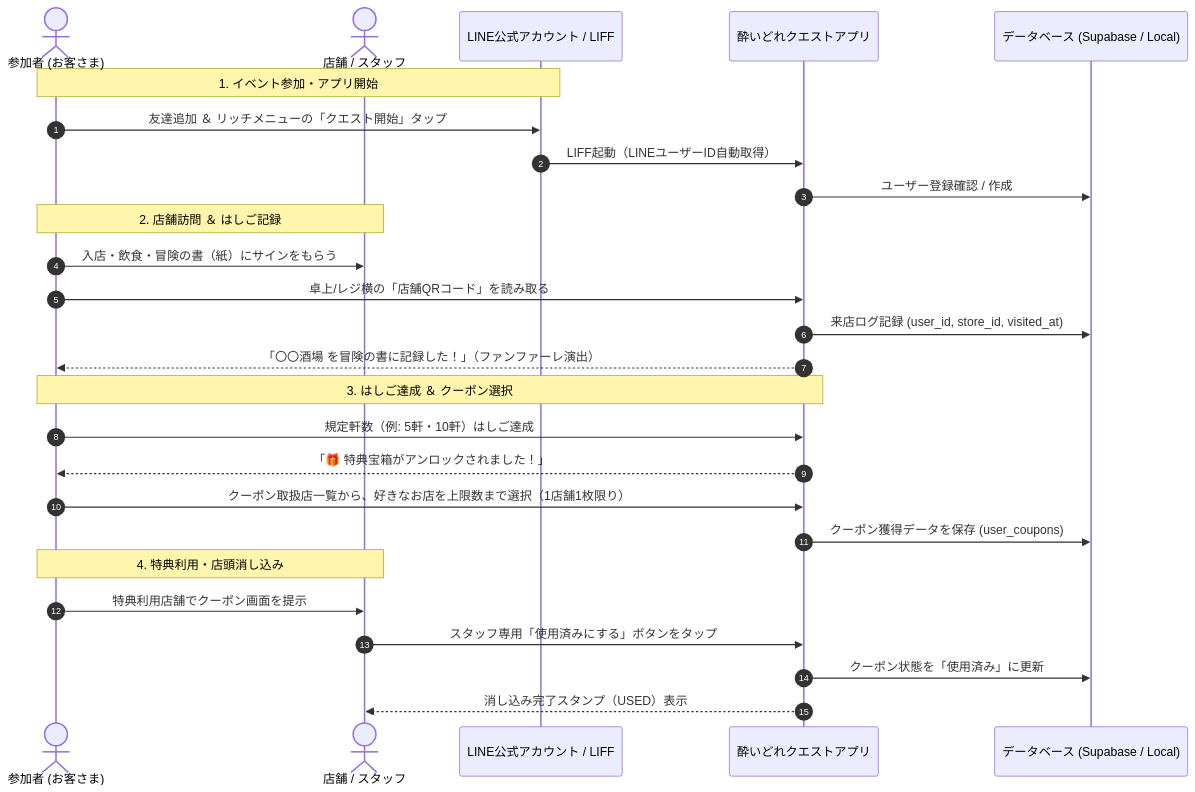
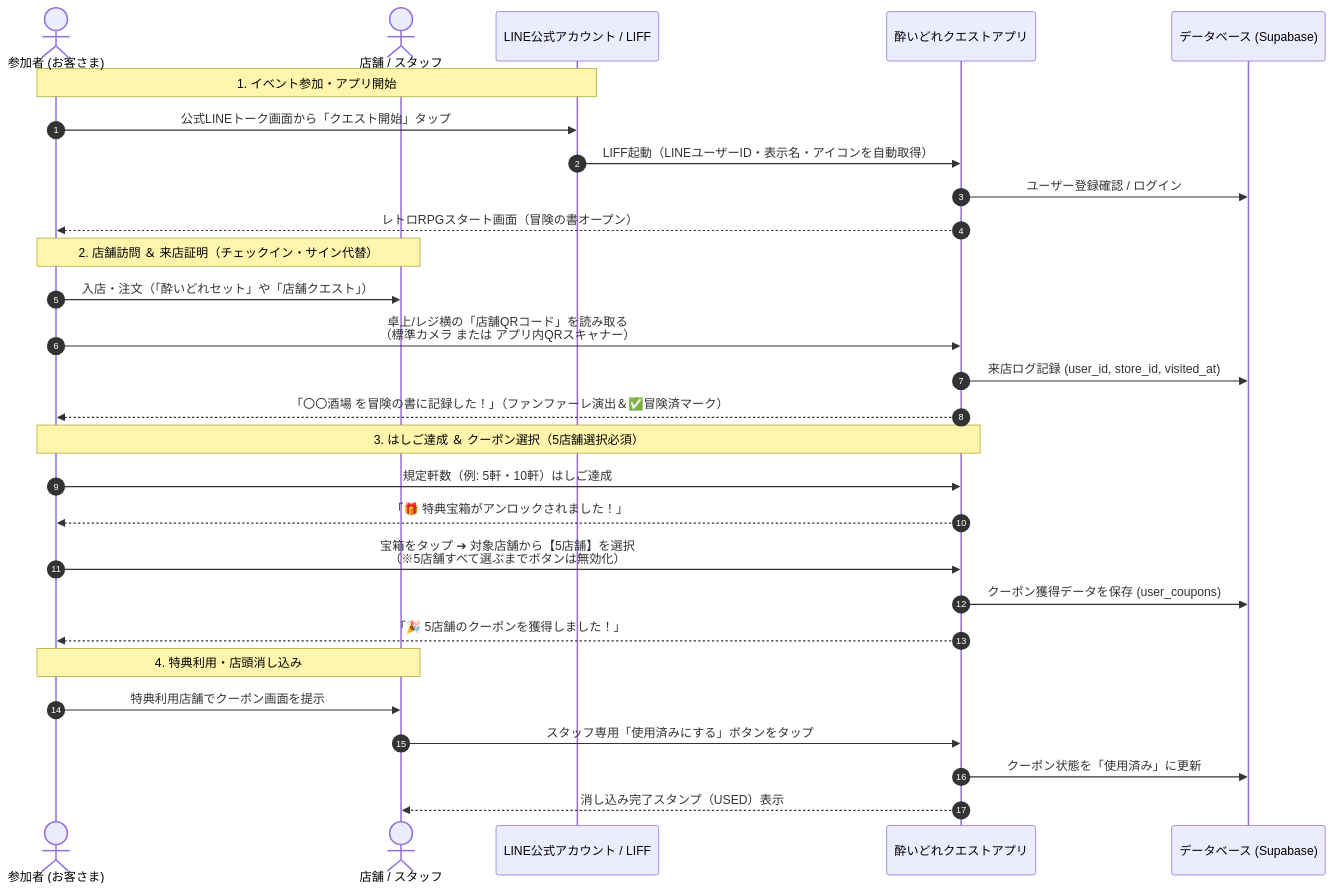
One commit to taishoyoidore-ui/yoidore-quest2 changed the second of 3 diagrams in SPECIFICATION.md. Above: the diagram before and after it, drawn with Mermaid. The commit also changed other lines of this file and 10 other files, not shown here.

````diff
--- a/SPECIFICATION.md
+++ b/SPECIFICATION.md
@@ -64,32 +62,34 @@
 ```mermaid
 sequenceDiagram
     autonumber
     actor User as 参加者 (お客さま)
     actor Shop as 店舗 / スタッフ
     participant LINE as LINE公式アカウント / LIFF
     participant App as 酔いどれクエストアプリ
-    participant DB as データベース (Supabase / Local)
+    participant DB as データベース (Supabase)
 
     Note over User, LINE: 1. イベント参加・アプリ開始
-    User->>LINE: 友達追加 ＆ リッチメニューの「クエスト開始」タップ
-    LINE->>App: LIFF起動（LINEユーザーID自動取得）
-    App->>DB: ユーザー登録確認 / 作成
+    User->>LINE: 公式LINEトーク画面から「クエスト開始」タップ
+    LINE->>App: LIFF起動（LINEユーザーID・表示名・アイコンを自動取得）
+    App->>DB: ユーザー登録確認 / ログイン
+    App-->>User: レトロRPGスタート画面（冒険の書オープン）
 
-    Note over User, Shop: 2. 店舗訪問 ＆ はしご記録
-    User->>Shop: 入店・飲食・冒険の書（紙）にサインをもらう
-    User->>App: 卓上/レジ横の「店舗QRコード」を読み取る
+    Note over User, Shop: 2. 店舗訪問 ＆ 来店証明（チェックイン・サイン代替）
+    User->>Shop: 入店・注文（「酔いどれセット」や「店舗クエスト」）
+    User->>App: 卓上/レジ横の「店舗QRコード」を読み取る<br/>（標準カメラ または アプリ内QRスキャナー）
     App->>DB: 来店ログ記録 (user_id, store_id, visited_at)
-    App-->>User: 「〇〇酒場 を冒険の書に記録した！」（ファンファーレ演出）
+    App-->>User: 「〇〇酒場 を冒険の書に記録した！」（ファンファーレ演出＆✅冒険済マーク）
 
-    Note over User, App: 3. はしご達成 ＆ クーポン選択
+    Note over User, App: 3. はしご達成 ＆ クーポン選択（5店舗選択必須）
     User->>App: 規定軒数（例: 5軒・10軒）はしご達成
     App-->>User: 「🎁 特典宝箱がアンロックされました！」
-    User->>App: クーポン取扱店一覧から、好きなお店を上限数まで選択（1店舗1枚限り）
+    User->>App: 宝箱をタップ ➔ 対象店舗から【5店舗】を選択<br/>（※5店舗すべて選ぶまでボタンは無効化）
     App->>DB: クーポン獲得データを保存 (user_coupons)
+    App-->>User: 「🎉 5店舗のクーポンを獲得しました！」
 
     Note over User, Shop: 4. 特典利用・店頭消し込み
     User->>Shop: 特典利用店舗でクーポン画面を提示
     Shop->>App: スタッフ専用「使用済みにする」ボタンをタップ
     App->>DB: クーポン状態を「使用済み」に更新
     App-->>Shop: 消し込み完了スタンプ（USED）表示
 ```
````
